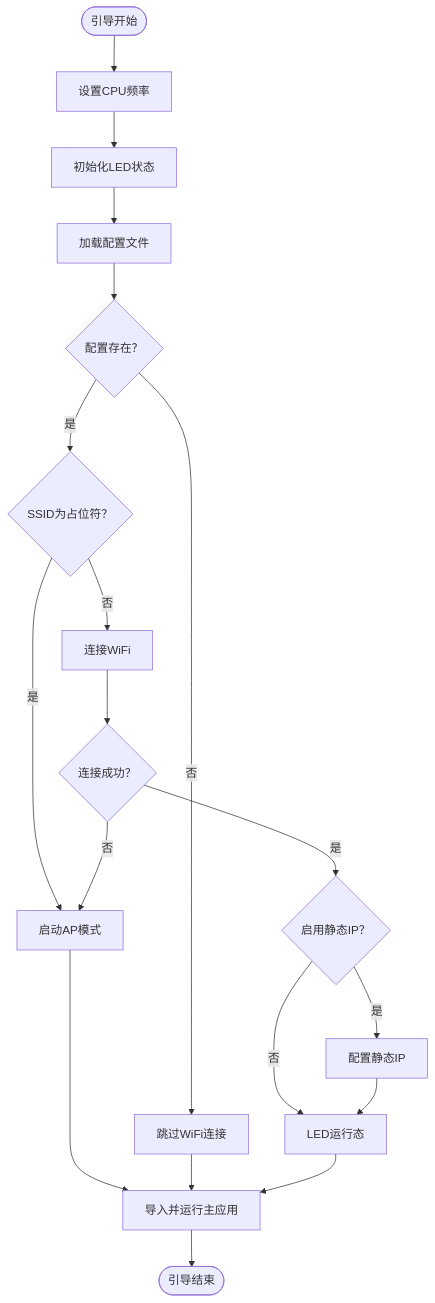
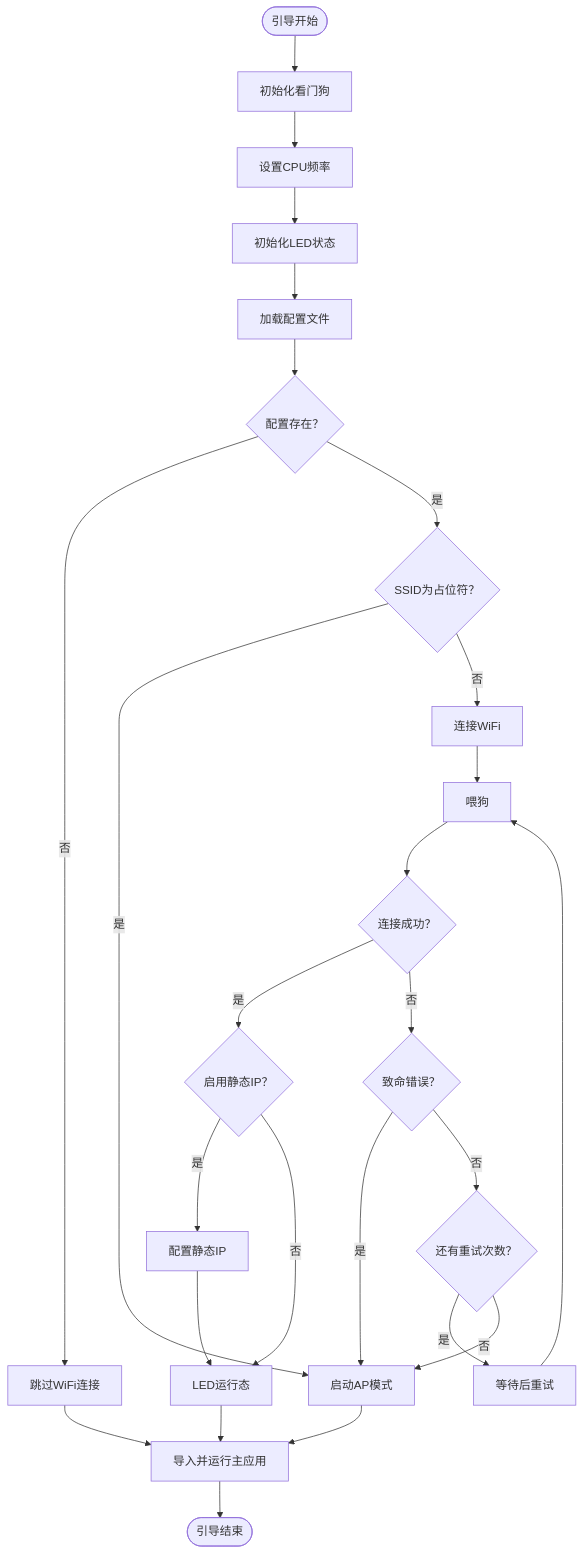
Before and after one commit to qq20739111/weilushishe-lishitai: the third of 11 diagrams in .qoder/repowiki/zh/content/系统架构/引导系统.md, drawn with Mermaid. The commit also changed other lines of this file and 23 other files, not shown here.

````diff
--- a/.qoder/repowiki/zh/content/系统架构/引导系统.md
+++ b/.qoder/repowiki/zh/content/系统架构/引导系统.md
@@ -134,21 +154,28 @@
 ```mermaid
 flowchart TD
-Start(["引导开始"]) --> SetFreq["设置CPU频率"]
+Start(["引导开始"]) --> InitWD["初始化看门狗"]
+InitWD --> SetFreq["设置CPU频率"]
 SetFreq --> InitLED["初始化LED状态"]
 InitLED --> LoadCfg["加载配置文件"]
 LoadCfg --> HasCfg{"配置存在？"}
 HasCfg --> |否| SkipConn["跳过WiFi连接"]
 HasCfg --> |是| CheckSSID{"SSID为占位符？"}
 CheckSSID --> |是| StartAP["启动AP模式"]
 CheckSSID --> |否| Connect["连接WiFi"]
-Connect --> ConnOK{"连接成功？"}
+Connect --> FeedDog["喂狗"]
+FeedDog --> ConnOK{"连接成功？"}
 ConnOK --> |是| CheckStaticIP{"启用静态IP？"}
 CheckStaticIP --> |是| ConfigStaticIP["配置静态IP"]
 CheckStaticIP --> |否| LedRun["LED运行态"]
 ConfigStaticIP --> LedRun
-ConnOK --> |否| StartAP
+ConnOK --> |否| CheckFatal{"致命错误？"}
+CheckFatal --> |是| StartAP
+CheckFatal --> |否| More{"还有重试次数？"}
+More --> |是| Wait["等待后重试"]
+Wait --> FeedDog
+More --> |否| StartAP
 StartAP --> RunMain["导入并运行主应用"]
 SkipConn --> RunMain
 LedRun --> RunMain
 RunMain --> End(["引导结束"])
 ```
````
